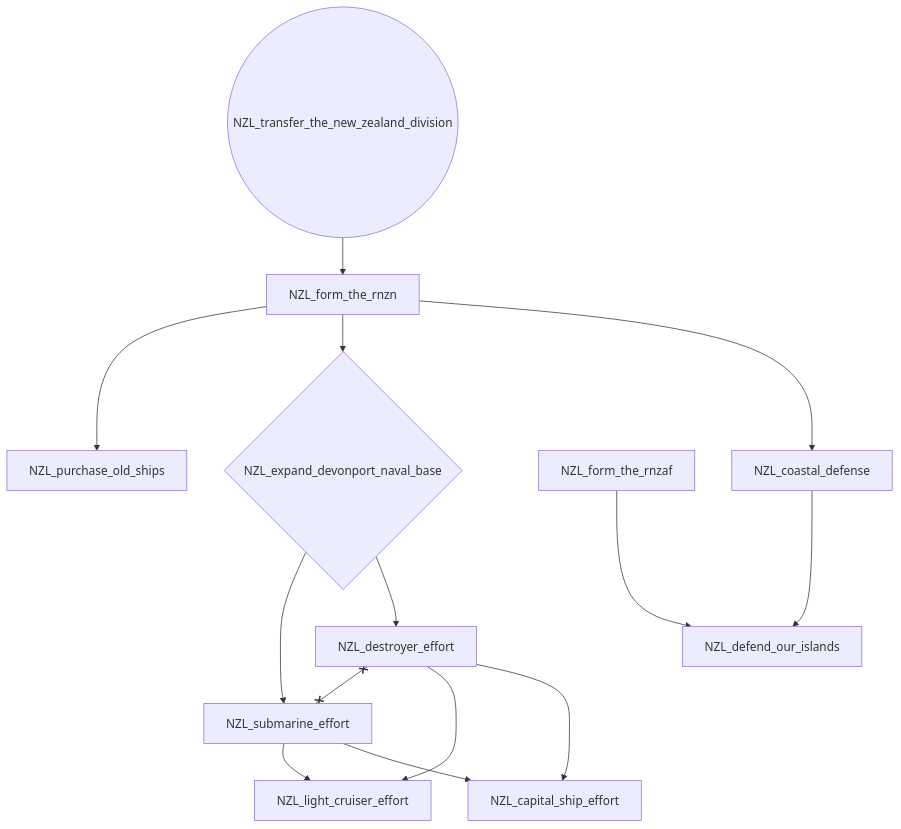
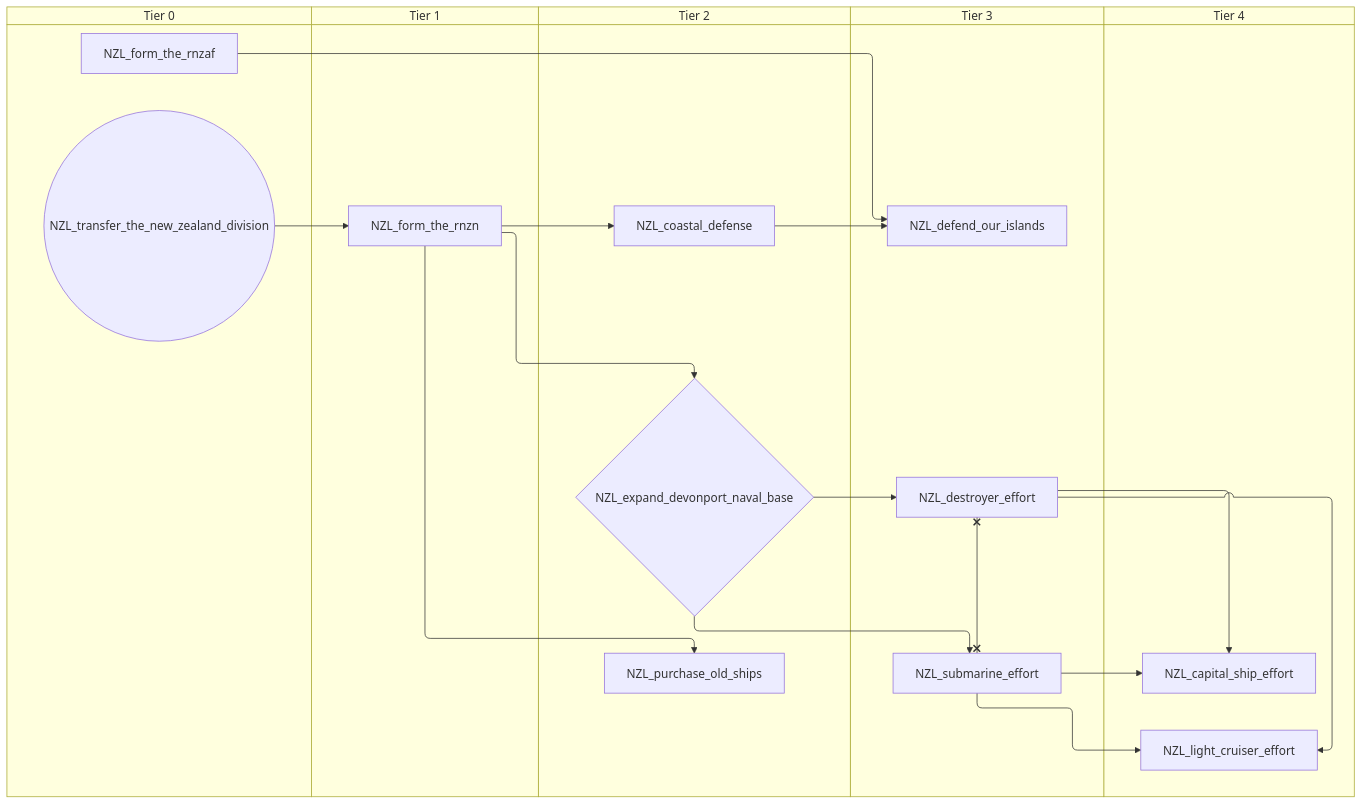
Before and after one commit to evgeny-sobol/hoi4-sandbox-mode: the sixth of 6 diagrams in docs/gdd/National Focuses/new_zealand.md, drawn with Mermaid. The commit also changed other lines of this file and 80 other files, not shown here.

First line of the commit message:
Add swimlane mode to focus graph exporter

````diff
--- a/docs/gdd/National Focuses/new_zealand.md
+++ b/docs/gdd/National Focuses/new_zealand.md
@@ -236,27 +296,37 @@
 ```mermaid
-flowchart TD
-    n66["NZL_capital_ship_effort"]
-    n32["NZL_coastal_defense"]
-    n33["NZL_defend_our_islands"]
-    n67["NZL_destroyer_effort"]
-    n68{"NZL_expand_devonport_naval_base"}
-    n36["NZL_form_the_rnzaf"]
-    n69["NZL_form_the_rnzn"]
-    n70["NZL_light_cruiser_effort"]
-    n71["NZL_purchase_old_ships"]
-    n72["NZL_submarine_effort"]
-    n73(("NZL_transfer_the_new_zealand_division"))
-    n67 --> n66
-    n72 --> n66
-    n69 --> n32
-    n36 --> n33
-    n32 --> n33
-    n68 --> n67
-    n69 --> n68
-    n73 --> n69
-    n67 --> n70
-    n72 --> n70
-    n69 --> n71
-    n68 --> n72
-    n67 x--x n72
+swimlane-beta TD
+    subgraph tier_0["Tier 0"]
+        n33["NZL_form_the_rnzaf"]
+        n66(("NZL_transfer_the_new_zealand_division"))
+    end
+    subgraph tier_1["Tier 1"]
+        n67["NZL_form_the_rnzn"]
+    end
+    subgraph tier_2["Tier 2"]
+        n31["NZL_coastal_defense"]
+        n68{"NZL_expand_devonport_naval_base"}
+        n69["NZL_purchase_old_ships"]
+    end
+    subgraph tier_3["Tier 3"]
+        n35["NZL_defend_our_islands"]
+        n70["NZL_destroyer_effort"]
+        n71["NZL_submarine_effort"]
+    end
+    subgraph tier_4["Tier 4"]
+        n72["NZL_capital_ship_effort"]
+        n73["NZL_light_cruiser_effort"]
+    end
+    n70 --> n72
+    n71 --> n72
+    n67 --> n31
+    n33 --> n35
+    n31 --> n35
+    n68 --> n70
+    n67 --> n68
+    n66 --> n67
+    n70 --> n73
+    n71 --> n73
+    n67 --> n69
+    n68 --> n71
+    n70 x--x n71
 ```
````
